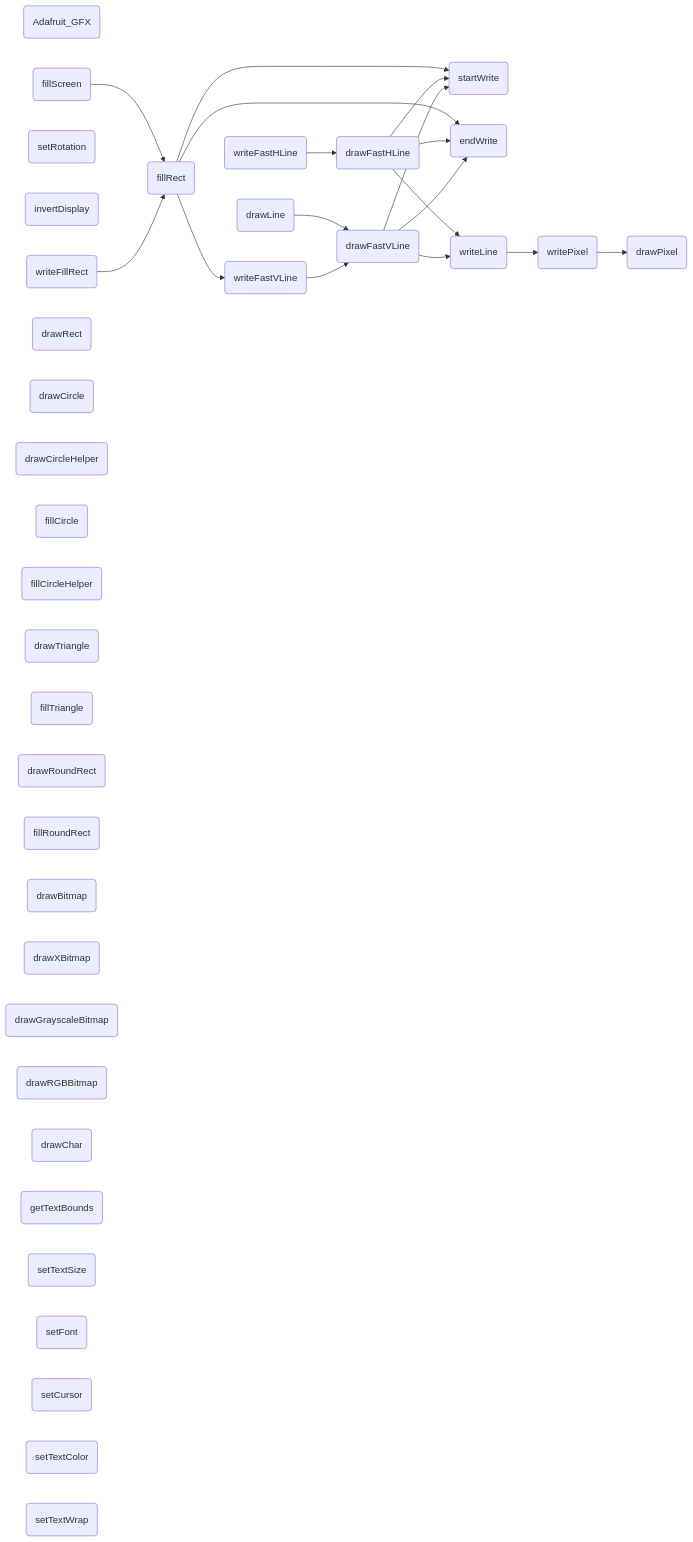
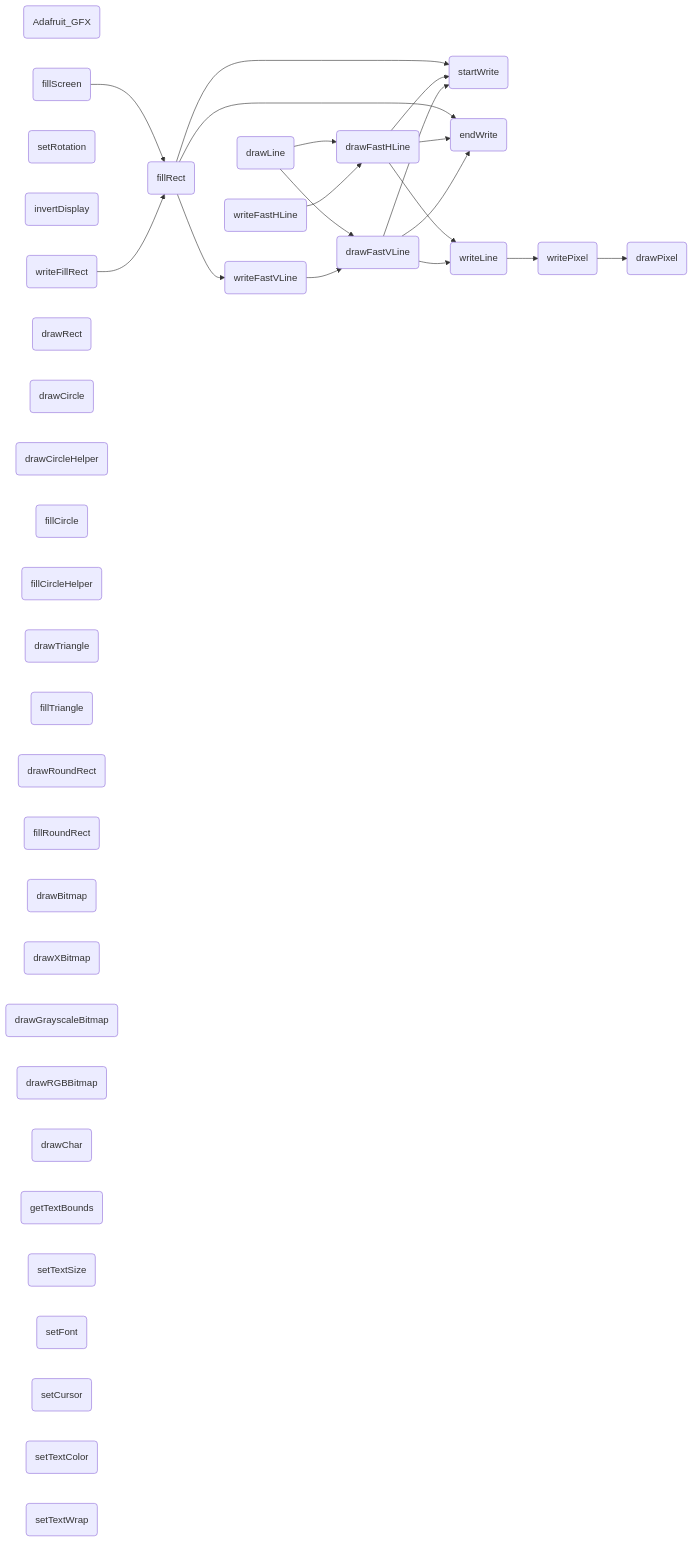
One commit to icodezhanglei/iodraw-files changed the diagram in all/未命名.md. Above: the diagram before and after it, drawn with Mermaid.

Commit message:
2024-09-13 18:28:32 update

````diff
--- a/all/未命名.md
+++ b/all/未命名.md
@@ -1,52 +1,52 @@
 ```mermaid
 flowchart LR
 Adafruit_GF(Adafruit_GFX)
 drawPixel(drawPixel)
 startWrite(startWrite)
 endWrite(endWrite)
 writePixel(writePixel)
 writeFillRect(writeFillRect)
 writeFastVLine(writeFastVLine)
 writeFastHLine(writeFastHLine)
 writeLine(writeLine)
 setRotation(setRotation)
 invertDisplay(invertDisplay)
 drawFastVLine(drawFastVLine)
 drawFastHLine(drawFastHLine)
 fillRect(fillRect)
 fillScreen(fillScreen)
 drawLine(drawLine)
 drawRect(drawRect)
 drawCircle(drawCircle)
 drawCircleHelper(drawCircleHelper)
 fillCircle(fillCircle)
 fillCircleHelper(fillCircleHelper)
 drawTriangle(drawTriangle)
 fillTriangle(fillTriangle)
 drawRoundRect(drawRoundRect)
 fillRoundRect(fillRoundRect)
 drawBitmap(drawBitmap)
 drawXBitmap(drawXBitmap)
 drawGrayscaleBitmap(drawGrayscaleBitmap)
 drawRGBBitmap(drawRGBBitmap)
 drawChar(drawChar)
 getTextBounds(getTextBounds)
 setTextSize(setTextSize)
 setFont(setFont)
 setCursor(setCursor)
 setTextColor(setTextColor)
 setTextWrap(setTextWrap)
 
 writeLine --> writePixel --> drawPixel
 
 writeFastVLine --> drawFastVLine --> startWrite & endWrite
 drawFastVLine --> writeLine
 
 writeFastHLine --> drawFastHLine --> startWrite & endWrite
 drawFastHLine --> writeLine
 
 writeFillRect --> fillRect --> writeFastVLine & startWrite & endWrite
 
 fillScreen --> fillRect
-drawLine --> drawFastVLine 
+drawLine --> drawFastVLine & drawFastHLine 
 ```
````
